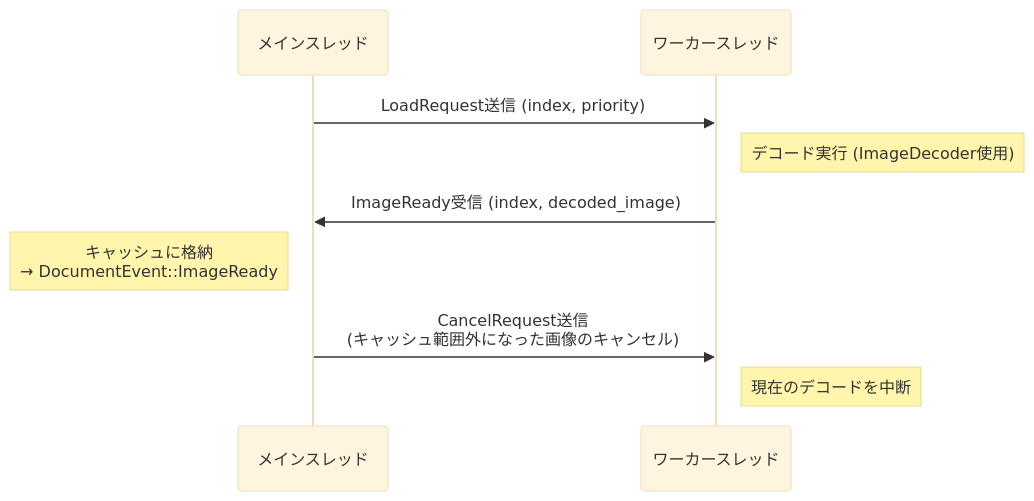
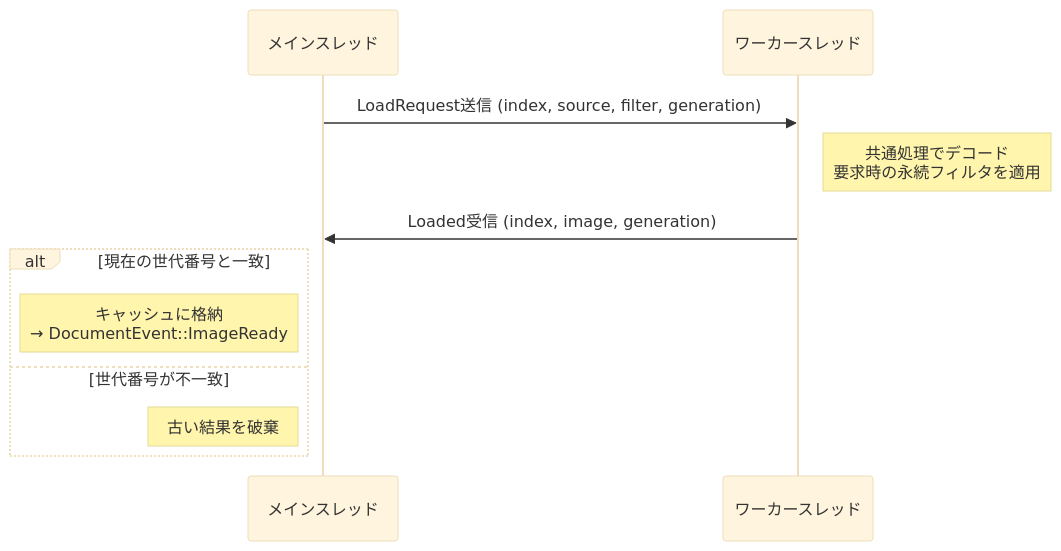
The third of 3 diagrams in docs/development/architecture.md (ak110/gv), drawn with Mermaid (base theme) before and after one commit. The commit also changed other lines of this file and 99 other files, not shown here.

````diff
--- a/docs/development/architecture.md
+++ b/docs/development/architecture.md
@@ -33,12 +126,14 @@
 ```mermaid
 sequenceDiagram
     participant M as メインスレッド
     participant W as ワーカースレッド
 
-    M->>W: LoadRequest送信 (index, priority)
-    Note right of W: デコード実行 (ImageDecoder使用)
-    W->>M: ImageReady受信 (index, decoded_image)
-    Note left of M: キャッシュに格納<br/>→ DocumentEvent::ImageReady
-    M->>W: CancelRequest送信<br/>(キャッシュ範囲外になった画像のキャンセル)
-    Note right of W: 現在のデコードを中断
+    M->>W: LoadRequest送信 (index, source, filter, generation)
+    Note right of W: 共通処理でデコード<br/>要求時の永続フィルタを適用
+    W->>M: Loaded受信 (index, image, generation)
+    alt 現在の世代番号と一致
+        Note left of M: キャッシュに格納<br/>→ DocumentEvent::ImageReady
+    else 世代番号が不一致
+        Note left of M: 古い結果を破棄
+    end
 ```
````
